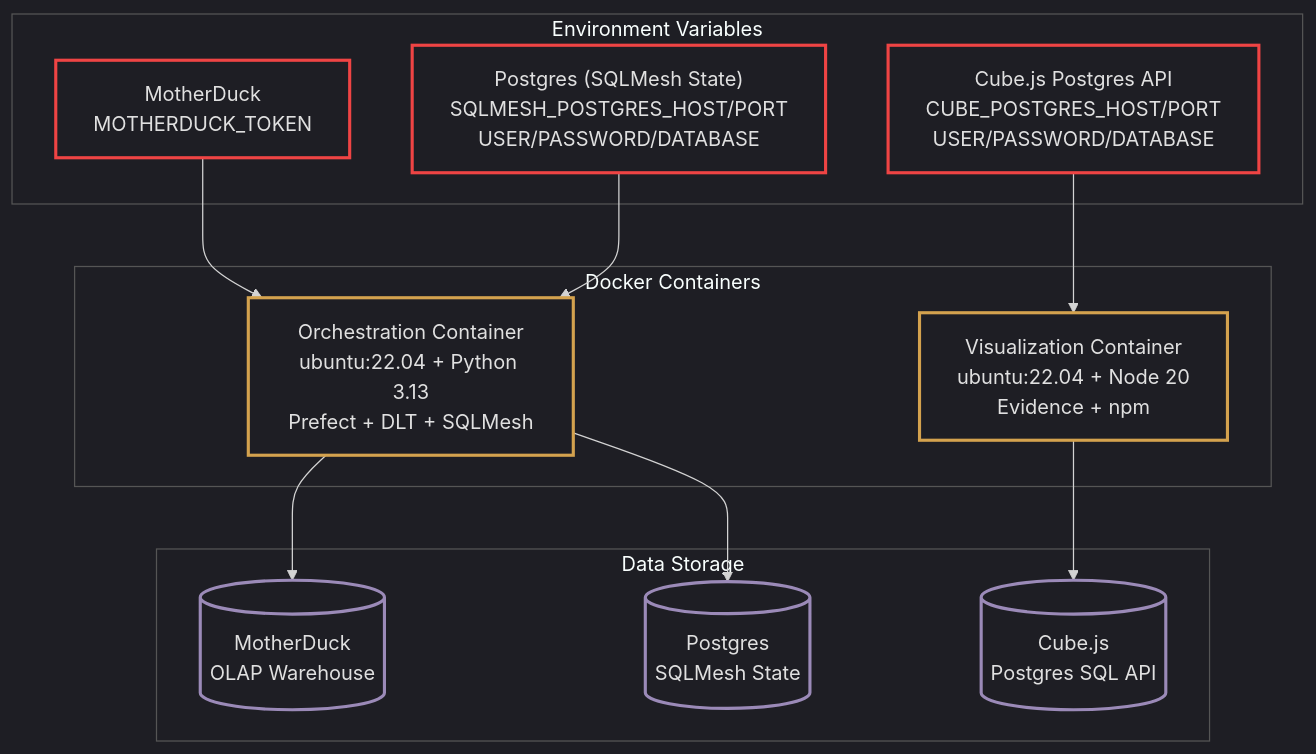
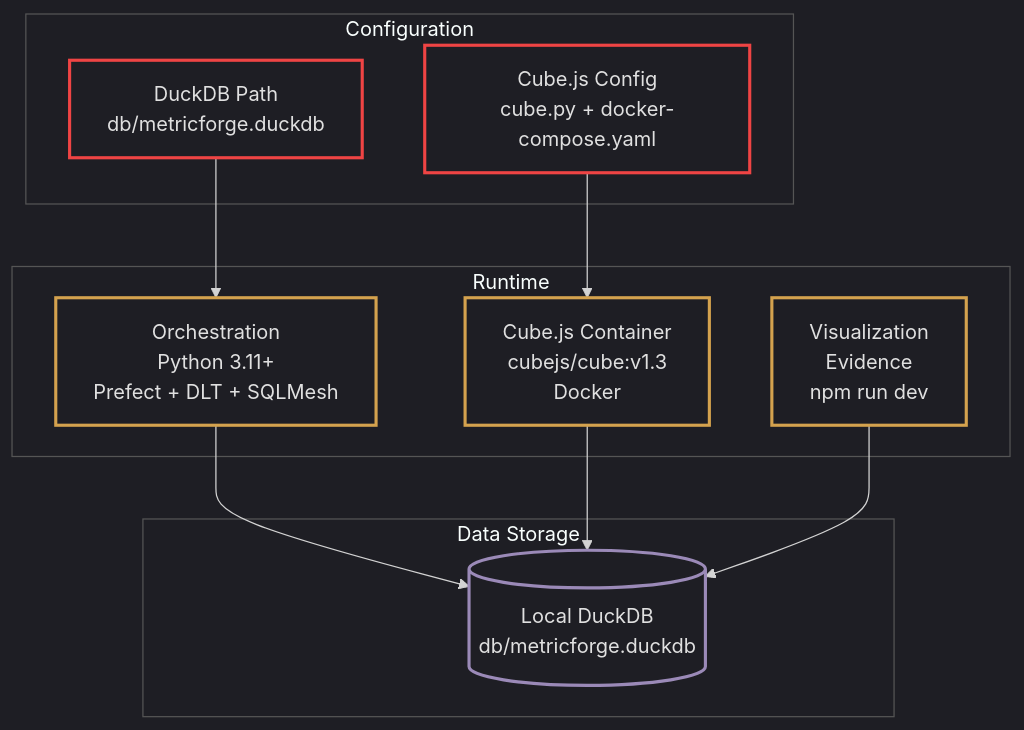
One commit to MetricForge-Analytics-Inc/MetricForge-City-Foundation changed the seventh of 9 diagrams in Documentation/Architecture/system-architecture.md. Above: the diagram before and after it, drawn with Mermaid. The commit also changed other lines of this file and 3 other files, not shown here.

First line of the commit message:
docs: update all documentation to reflect current architecture

````diff
--- a/Documentation/Architecture/system-architecture.md
+++ b/Documentation/Architecture/system-architecture.md
@@ -236,31 +234,28 @@
 ```mermaid
 %%{init: {'theme': 'dark', 'themeVariables': {'mainBkg': 'transparent', 'nodeBorder': '#555', 'clusterBkg': 'transparent', 'clusterBorder': '#555'}}}%%
 flowchart TB
     classDef process fill:none,color:#e0e0e0,stroke:#d4a24e,stroke-width:2.5px
     classDef db fill:none,color:#e0e0e0,stroke:#9b8ab8,stroke-width:2.5px
     classDef secret fill:none,color:#e0e0e0,stroke:#ef4444,stroke-width:2.5px
 
-    subgraph SECRETS ["Environment Variables"]
-        MD_TOKEN["MotherDuck<br/>MOTHERDUCK_TOKEN"]:::secret
-        PG_CREDS["Postgres (SQLMesh State)<br/>SQLMESH_POSTGRES_HOST/PORT<br/>USER/PASSWORD/DATABASE"]:::secret
-        CUBE_CREDS["Cube.js Postgres API<br/>CUBE_POSTGRES_HOST/PORT<br/>USER/PASSWORD/DATABASE"]:::secret
+    subgraph SECRETS ["Configuration"]
+        DB_PATH["DuckDB Path<br/>db/metricforge.duckdb"]:::secret
+        CUBE_CFG["Cube.js Config<br/>cube.py + docker-compose.yaml"]:::secret
     end
 
-    subgraph CONTAINERS ["Docker Containers"]
-        C1["Orchestration Container<br/>ubuntu:22.04 + Python 3.13<br/>Prefect + DLT + SQLMesh"]:::process
-        C2["Visualization Container<br/>ubuntu:22.04 + Node 20<br/>Evidence + npm"]:::process
+    subgraph CONTAINERS ["Runtime"]
+        C1["Orchestration<br/>Python 3.11+<br/>Prefect + DLT + SQLMesh"]:::process
+        C3["Cube.js Container<br/>cubejs/cube:v1.3<br/>Docker"]:::process
+        C2["Visualization<br/>Evidence<br/>npm run dev"]:::process
     end
 
     subgraph STORAGE ["Data Storage"]
-        DUCK[("MotherDuck<br/>OLAP Warehouse")]:::db
-        PG_STATE[("Postgres<br/>SQLMesh State")]:::db
-        CUBE_PG[("Cube.js<br/>Postgres SQL API")]:::db
+        DUCK[("Local DuckDB<br/>db/metricforge.duckdb")]:::db
     end
 
-    MD_TOKEN --> C1
-    PG_CREDS --> C1
-    CUBE_CREDS --> C2
+    DB_PATH --> C1
+    CUBE_CFG --> C3
     C1 --> DUCK
-    C1 --> PG_STATE
-    C2 --> CUBE_PG
+    C3 --> DUCK
+    C2 --> DUCK
 ```
````
